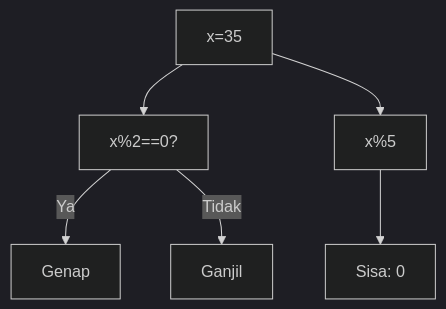
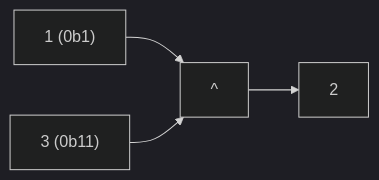
Diagram 16 of 25 in part-c-pemahaman-cpp/06-bitwise/latihan/set-03.md (amnahwaida/OSNK_INF_PREP), drawn with Mermaid (dark theme) before and after one commit. The commit also changed other lines of this file and 71 other files, not shown here.

````diff
--- a/part-c-pemahaman-cpp/06-bitwise/latihan/set-03.md
+++ b/part-c-pemahaman-cpp/06-bitwise/latihan/set-03.md
@@ -418,8 +419,6 @@
 ```mermaid
-graph TD
-A["x=35"] --> B["x%2==0?"]
-B -- Ya --> C["Genap"]
-B -- Tidak --> D["Ganjil"]
-A --> E["x%5"]
-E --> F["Sisa: 0"]
+graph LR
+A["1 (0b1)"] --> C["^"]
+B["3 (0b11)"] --> C
+C --> D["2"]
 ```
````
